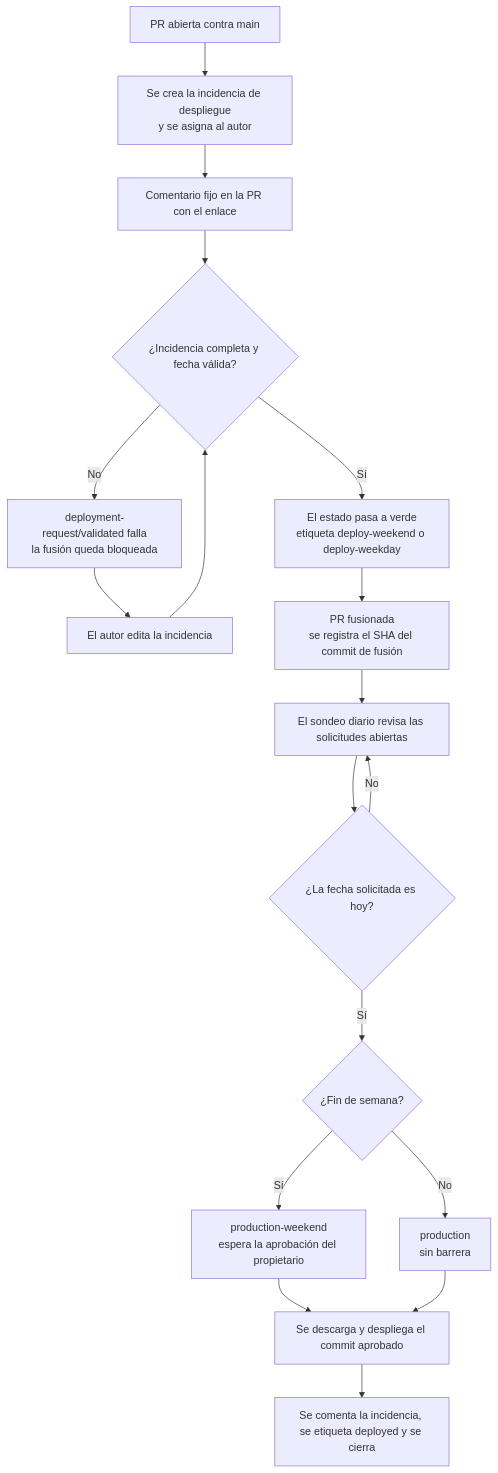
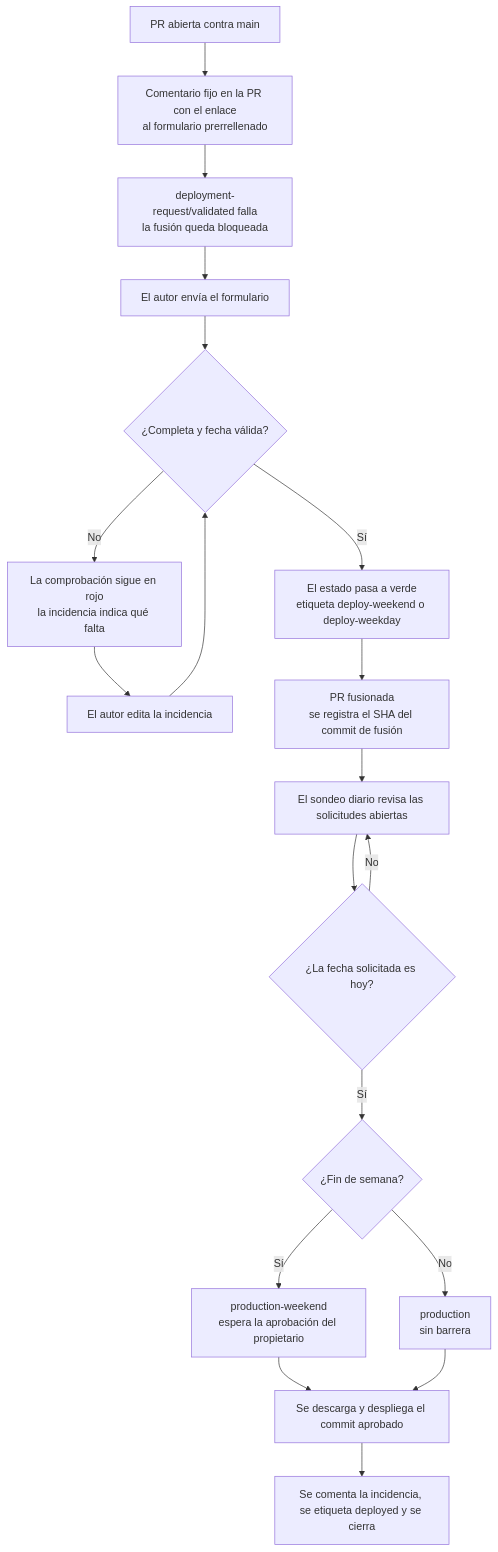
The diagram in README.es.md (aiturralde/DeferredDeployments), drawn with Mermaid before and after one commit. The commit also changed other lines of this file and 2 other files, not shown here.

Commit message:
Link the PR straight to the deployment request form
The workflow no longer creates the tracking issue up front. Auto-creating it meant the author never saw the issue form, only a pre-rendered body, and the form link was buried in small text at the bottom of the bot comment.

Now the sticky comment leads with the prefilled form link, and the failing check's target_url points at the form too, so Details goes straight there.

Also fixes a duplicate-issue bug: the lookup only considered open issues, so closing a request before merging the PR caused a second one to be created. It now searches all states and reopens a request that was closed before it deployed.

````diff
--- a/README.es.md
+++ b/README.es.md
@@ -17,20 +17,21 @@
 ```mermaid
 flowchart TD
-    A[PR abierta contra main] --> B[Se crea la incidencia de despliegue<br/>y se asigna al autor]
-    B --> C[Comentario fijo en la PR con el enlace]
-    C --> D{¿Incidencia completa y fecha válida?}
-    D -- No --> E[deployment-request/validated falla<br/>la fusión queda bloqueada]
-    E --> F[El autor edita la incidencia]
-    F --> D
-    D -- Sí --> G[El estado pasa a verde<br/>etiqueta deploy-weekend o deploy-weekday]
-    G --> H[PR fusionada<br/>se registra el SHA del commit de fusión]
-    H --> I[El sondeo diario revisa las solicitudes abiertas]
-    I --> J{¿La fecha solicitada es hoy?}
-    J -- No --> I
-    J -- Sí --> K{¿Fin de semana?}
-    K -- Sí --> L[production-weekend<br/>espera la aprobación del propietario]
-    K -- No --> M[production<br/>sin barrera]
-    L --> N[Se descarga y despliega el commit aprobado]
-    M --> N
-    N --> O[Se comenta la incidencia, se etiqueta deployed y se cierra]
+    A[PR abierta contra main] --> B[Comentario fijo en la PR con el enlace<br/>al formulario prerrellenado]
+    B --> C[deployment-request/validated falla<br/>la fusión queda bloqueada]
+    C --> D[El autor envía el formulario]
+    D --> E{¿Completa y fecha válida?}
+    E -- No --> F[La comprobación sigue en rojo<br/>la incidencia indica qué falta]
+    F --> G[El autor edita la incidencia]
+    G --> E
+    E -- Sí --> H[El estado pasa a verde<br/>etiqueta deploy-weekend o deploy-weekday]
+    H --> I[PR fusionada<br/>se registra el SHA del commit de fusión]
+    I --> J[El sondeo diario revisa las solicitudes abiertas]
+    J --> K{¿La fecha solicitada es hoy?}
+    K -- No --> J
+    K -- Sí --> L{¿Fin de semana?}
+    L -- Sí --> M[production-weekend<br/>espera la aprobación del propietario]
+    L -- No --> N[production<br/>sin barrera]
+    M --> O[Se descarga y despliega el commit aprobado]
+    N --> O
+    O --> P[Se comenta la incidencia, se etiqueta deployed y se cierra]
 ```
````
